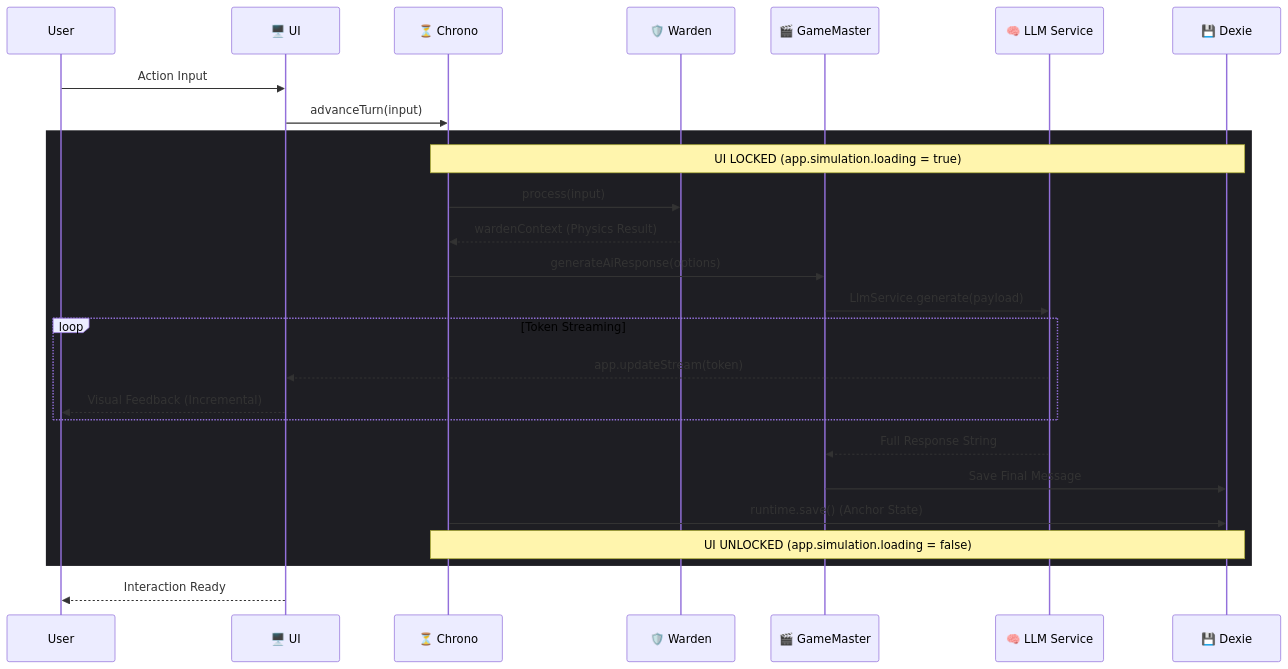
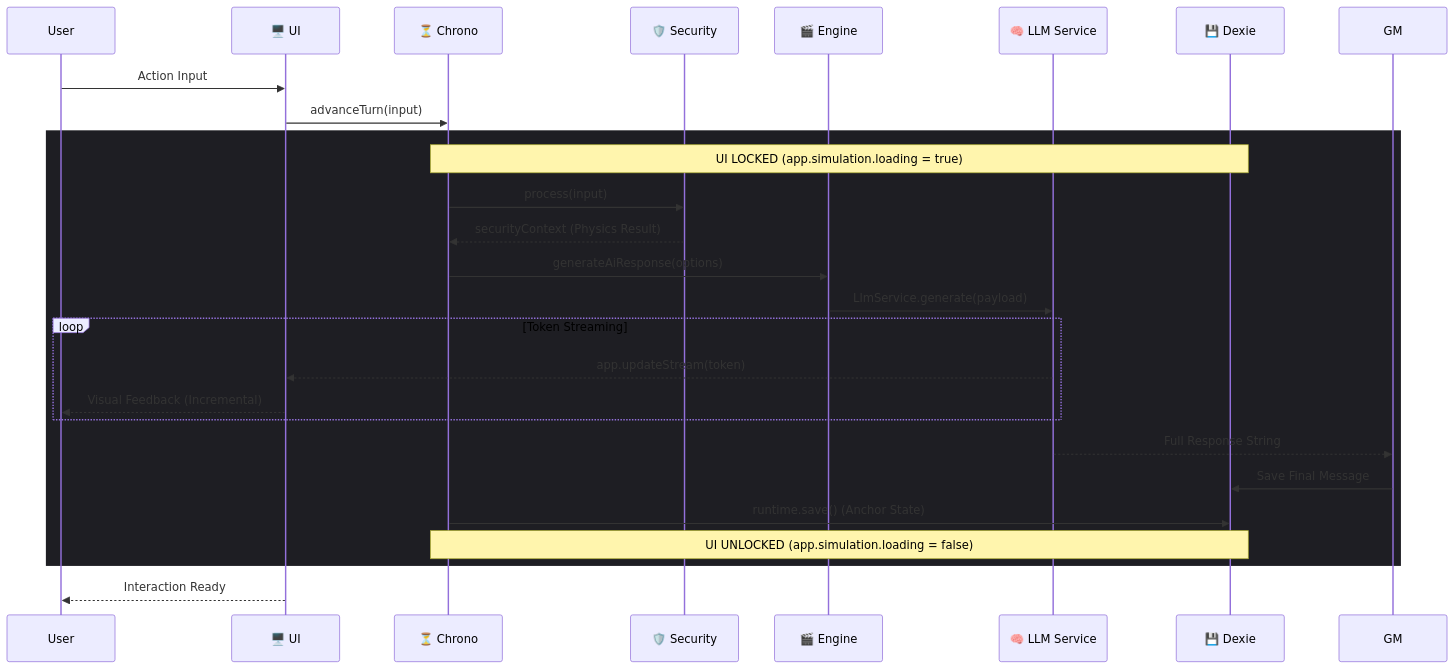
Before and after one commit to JooduG/RPGlitch: the second of 2 diagrams in src/README.md, drawn with Mermaid. The commit also changed 39 other files, not shown here.

````diff
--- a/src/README.md
+++ b/src/README.md
@@ -35,36 +35,36 @@
 ```mermaid
 sequenceDiagram
     participant User
     participant UI as 🖥️ UI
     participant Chrono as ⏳ Chrono
-    participant Warden as 🛡️ Warden
-    participant GM as 🎬 GameMaster
+    participant Security as 🛡️ Security
+    participant Engine as 🎬 Engine
     participant AI as 🧠 LLM Service
     participant DB as 💾 Dexie
 
     User->>UI: Action Input
     UI->>Chrono: advanceTurn(input)
 
     rect rgb(30, 30, 35)
         Note over Chrono, DB: UI LOCKED (app.simulation.loading = true)
 
-        Chrono->>Warden: process(input)
-        Warden-->>Chrono: wardenContext (Physics Result)
+        Chrono->>Security: process(input)
+        Security-->>Chrono: securityContext (Physics Result)
 
-        Chrono->>GM: generateAiResponse(options)
-        GM->>AI: LlmService.generate(payload)
+        Chrono->>Engine: generateAiResponse(options)
+        Engine->>AI: LlmService.generate(payload)
 
         loop Token Streaming
             AI-->>UI: app.updateStream(token)
             UI-->>User: Visual Feedback (Incremental)
         end
 
         AI-->>GM: Full Response String
         GM->>DB: Save Final Message
         Chrono->>DB: runtime.save() (Anchor State)
 
         Note over Chrono, DB: UI UNLOCKED (app.simulation.loading = false)
     end
 
     UI-->>User: Interaction Ready
 ```
````
